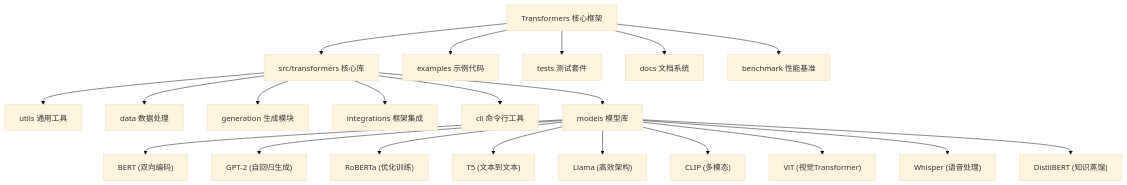
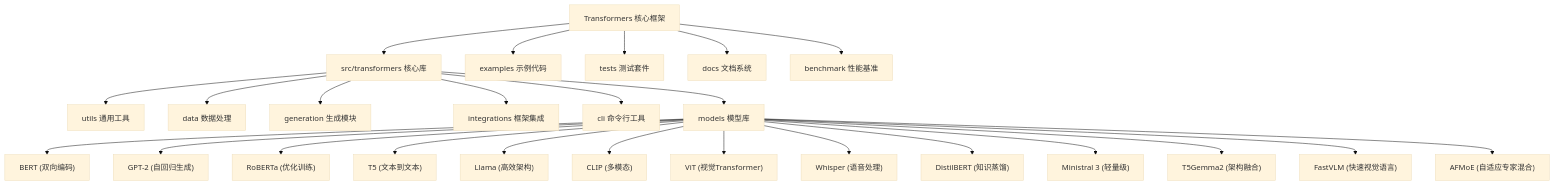
Before and after one commit to afanty2021/transformers: the diagram in CLAUDE.md, drawn with Mermaid (base theme). The commit also changed other lines of this file, not shown here.

````diff
--- a/CLAUDE.md
+++ b/CLAUDE.md
@@ -24,47 +49,55 @@
 ```mermaid
 graph TD
     A["Transformers 核心框架"] --> B["src/transformers 核心库"]
     A --> C["examples 示例代码"]
     A --> D["tests 测试套件"]
     A --> E["docs 文档系统"]
     A --> F["benchmark 性能基准"]
 
     B --> B1["utils 通用工具"]
     B --> B2["data 数据处理"]
     B --> B3["generation 生成模块"]
     B --> B4["integrations 框架集成"]
     B --> B5["cli 命令行工具"]
     B --> B6["models 模型库"]
 
     B6 --> B6a["BERT (双向编码)"]
     B6 --> B6b["GPT-2 (自回归生成)"]
     B6 --> B6c["RoBERTa (优化训练)"]
     B6 --> B6d["T5 (文本到文本)"]
     B6 --> B6e["Llama (高效架构)"]
     B6 --> B6f["CLIP (多模态)"]
     B6 --> B6g["ViT (视觉Transformer)"]
     B6 --> B6h["Whisper (语音处理)"]
     B6 --> B6i["DistilBERT (知识蒸馏)"]
+    B6 --> B6j["Ministral 3 (轻量级)"]
+    B6 --> B6k["T5Gemma2 (架构融合)"]
+    B6 --> B6l["FastVLM (快速视觉语言)"]
+    B6 --> B6m["AFMoE (自适应专家混合)"]
 
     click B1 "./src/transformers/utils/CLAUDE.md" "查看 utils 模块文档"
     click B2 "./src/transformers/data/CLAUDE.md" "查看 data 模块文档"
     click B3 "./src/transformers/generation/CLAUDE.md" "查看 generation 模块文档"
     click B4 "./src/transformers/integrations/CLAUDE.md" "查看 integrations 模块文档"
     click B5 "./src/transformers/cli/CLAUDE.md" "查看 cli 模块文档"
     click B6 "./src/transformers/models/CLAUDE.md" "查看 models 模块文档"
 
     click B6a "./src/transformers/models/bert/CLAUDE.md" "查看 BERT 模型文档"
     click B6b "./src/transformers/models/gpt2/CLAUDE.md" "查看 GPT-2 模型文档"
     click B6c "./src/transformers/models/roberta/CLAUDE.md" "查看 RoBERTa 模型文档"
     click B6d "./src/transformers/models/t5/CLAUDE.md" "查看 T5 模型文档"
     click B6e "./src/transformers/models/llama/CLAUDE.md" "查看 Llama 模型文档"
     click B6f "./src/transformers/models/clip/CLAUDE.md" "查看 CLIP 模型文档"
     click B6g "./src/transformers/models/vit/CLAUDE.md" "查看 ViT 模型文档"
     click B6h "./src/transformers/models/whisper/CLAUDE.md" "查看 Whisper 模型文档"
     click B6i "./src/transformers/models/distilbert/CLAUDE.md" "查看 DistilBERT 模型文档"
+    click B6j "./src/transformers/models/ministral3/CLAUDE.md" "查看 Ministral 3 模型文档"
+    click B6k "./src/transformers/models/t5gemma2/CLAUDE.md" "查看 T5Gemma2 模型文档"
+    click B6l "./src/transformers/models/fastvlm/CLAUDE.md" "查看 FastVLM 模型文档"
+    click B6m "./src/transformers/models/afmoe/CLAUDE.md" "查看 AFMoE 模型文档"
 
     click C "./examples/CLAUDE.md" "查看 examples 模块文档"
     click D "./tests/CLAUDE.md" "查看 tests 模块文档"
     click E "./docs/CLAUDE.md" "查看 docs 模块文档"
     click F "./benchmark/CLAUDE.md" "查看 benchmark 模块文档"
 ```
````
